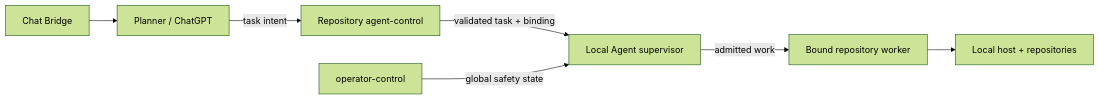
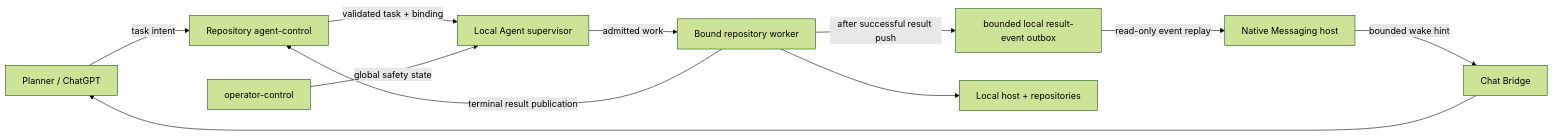
Before and after one commit to MichalMatu/local-agent: the diagram in docs/SECURITY_MODEL.md, drawn with Mermaid (forest theme). The commit also changed other lines of this file, not shown here.

Commit message:
Document event-wake security boundary

````diff
--- a/docs/SECURITY_MODEL.md
+++ b/docs/SECURITY_MODEL.md
@@ -10,17 +10,23 @@
 ```mermaid
 flowchart LR
     Planner["Planner / ChatGPT"]
     Bridge["Chat Bridge"]
+    Native["Native Messaging host"]
+    EventOutbox["bounded local result-event outbox"]
     RepoControl["Repository agent-control"]
     Operator["operator-control"]
     Supervisor["Local Agent supervisor"]
     Worker["Bound repository worker"]
     Host["Local host + repositories"]
 
     Bridge --> Planner
     Planner -->|task intent| RepoControl
     RepoControl -->|validated task + binding| Supervisor
     Operator -->|global safety state| Supervisor
     Supervisor -->|admitted work| Worker
     Worker --> Host
+    Worker -->|terminal result publication| RepoControl
+    Worker -->|after successful result push| EventOutbox
+    EventOutbox -->|read-only event replay| Native
+    Native -->|bounded wake hint| Bridge
 ```
````
